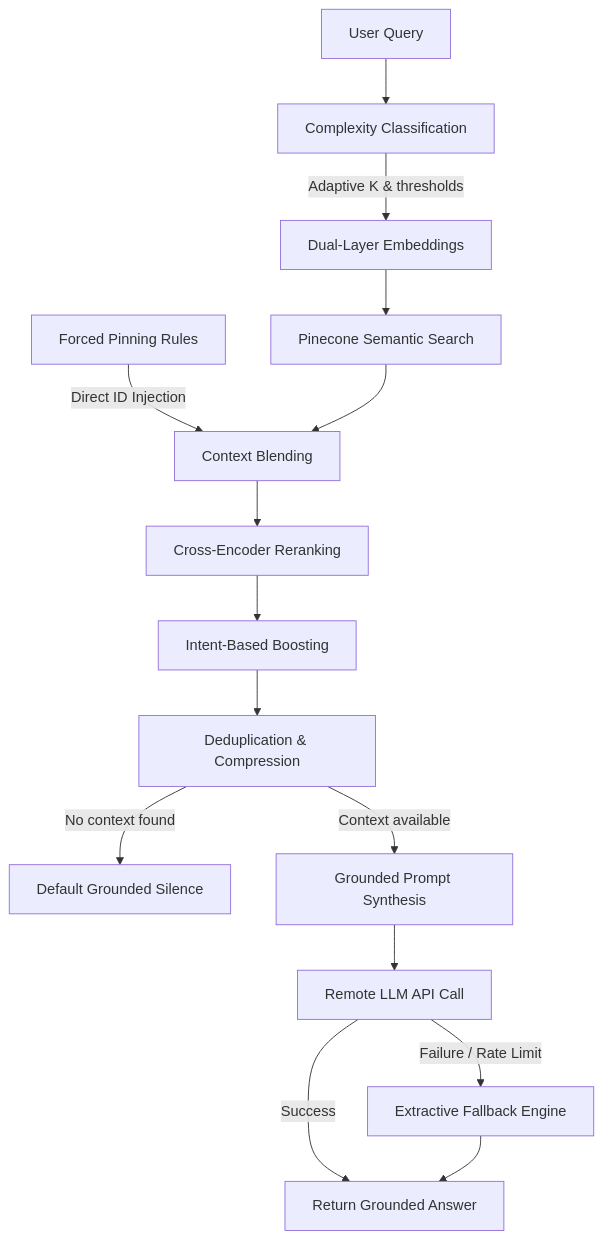
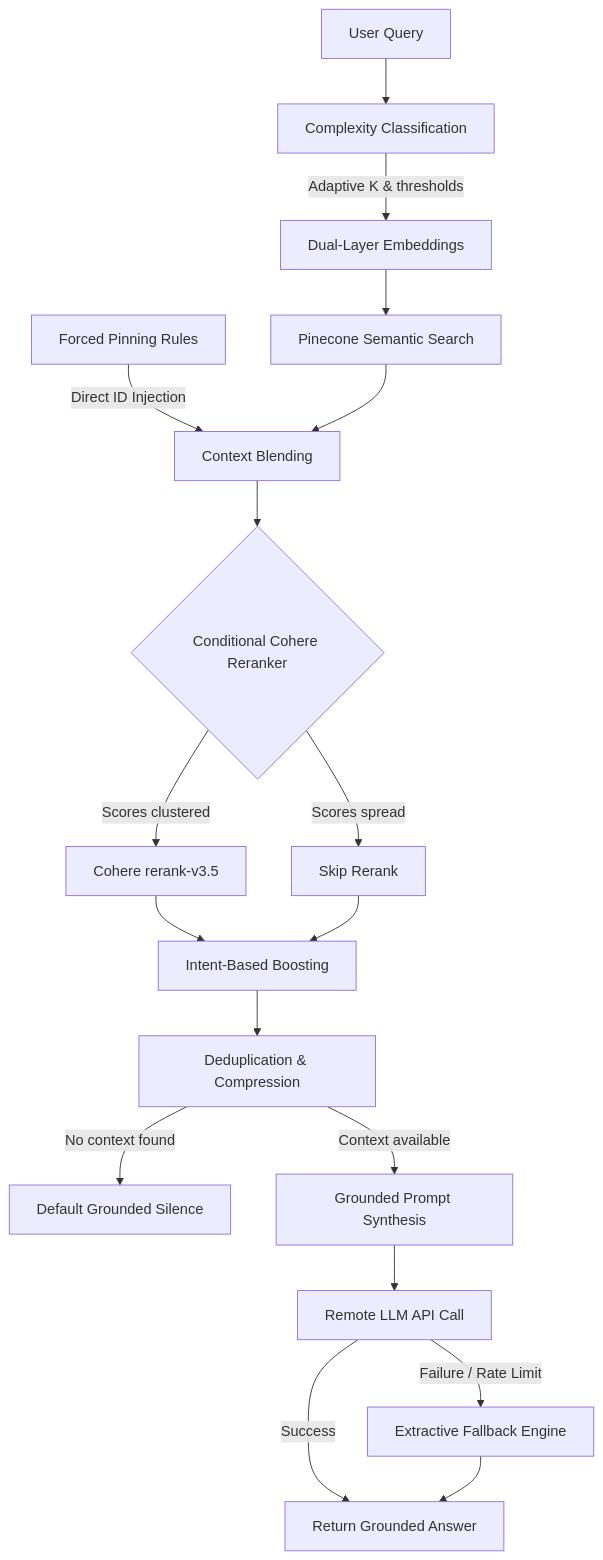
One commit to HusainS07/RAG_S_PARK changed the diagram in IMPLEMENTATION_GUIDE.md. Above: the diagram before and after it, drawn with Mermaid. The commit also changed other lines of this file and 1 other file, not shown here.

````diff
--- a/IMPLEMENTATION_GUIDE.md
+++ b/IMPLEMENTATION_GUIDE.md
@@ -30,17 +31,20 @@
 ```mermaid
 graph TD
     A[User Query] --> B[Complexity Classification]
     B -->|Adaptive K & thresholds| C[Dual-Layer Embeddings]
     C --> D[Pinecone Semantic Search]
     E[Forced Pinning Rules] -->|Direct ID Injection| F[Context Blending]
     D --> F
-    F --> G[Cross-Encoder Reranking]
-    G --> H[Intent-Based Boosting]
-    H --> I[Deduplication & Compression]
-    I -->|No context found| J[Default Grounded Silence]
-    I -->|Context available| K[Grounded Prompt Synthesis]
-    K --> L[Remote LLM API Call]
-    L -->|Success| M[Return Grounded Answer]
-    L -->|Failure / Rate Limit| N[Extractive Fallback Engine]
-    N --> M
+    F --> G{Conditional Cohere Reranker}
+    G -->|Scores clustered| H[Cohere rerank-v3.5]
+    G -->|Scores spread| I[Skip Rerank]
+    H --> J[Intent-Based Boosting]
+    I --> J
+    J --> K[Deduplication & Compression]
+    K -->|No context found| L[Default Grounded Silence]
+    K -->|Context available| M[Grounded Prompt Synthesis]
+    M --> N[Remote LLM API Call]
+    N -->|Success| O[Return Grounded Answer]
+    N -->|Failure / Rate Limit| P[Extractive Fallback Engine]
+    P --> O
 ```
````
